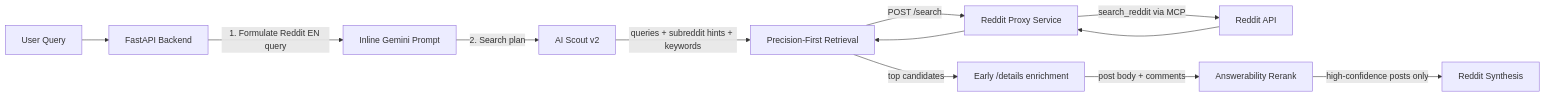
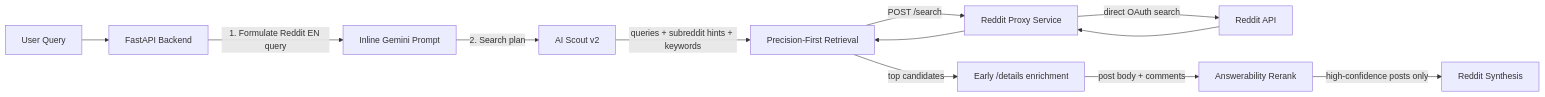
One commit to shao3d/Experts_panel changed the diagram in docs/architecture/reddit-service.md. Above: the diagram before and after it, drawn with Mermaid. The commit also changed other lines of this file and 2 other files, not shown here.

Commit message:
perf(reddit): replace MCP search with direct OAuth API, drop global top/new noise channels
Root cause of erratic result quality: Reddit search only applies the query
seriously with sort=relevance; global sort=top/new channels return popular/
fresh content regardless of the query (verified via A/B against OAuth API),
polluting the candidate pool that rerank then has to clean up.

- sidecar: direct oauth.reddit.com/search (reuses existing token machinery),
  MCP layer removed entirely (no more stdio watchdog, spawn leak, PQueue
  serialization); multi-subreddit path requires %2B-encoded '+' (raw '+' 301s)
- backend: fresh/quality strategies now targeted-only; global retrieval is
  relevance-only; scout temperature 0.1 -> 0.0
- A/B on fixed query set: latency -20-25% (~15s -> ~12s), candidate pool no
  longer contains global top/new noise, top results more on-topic

````diff
--- a/docs/architecture/reddit-service.md
+++ b/docs/architecture/reddit-service.md
@@ -27,16 +27,16 @@
 ```mermaid
 graph LR
     User[User Query] --> Backend[FastAPI Backend]
     Backend -- "1. Formulate Reddit EN query" --> QueryForm[Inline Gemini Prompt]
     QueryForm -- "2. Search plan" --> Scout[AI Scout v2]
 
     Scout -- "queries + subreddit hints + keywords" --> Retrieval[Precision-First Retrieval]
     Retrieval -- "POST /search" --> Proxy[Reddit Proxy Service]
-    Proxy -- "search_reddit via MCP" --> Reddit[Reddit API]
+    Proxy -- "direct OAuth search" --> Reddit[Reddit API]
     Reddit --> Proxy
     Proxy --> Retrieval
 
     Retrieval -- "top candidates" --> Enrich[Early /details enrichment]
     Enrich -- "post body + comments" --> Ranker[Answerability Rerank]
     Ranker -- "high-confidence posts only" --> Gemini[Reddit Synthesis]
 ```
````
